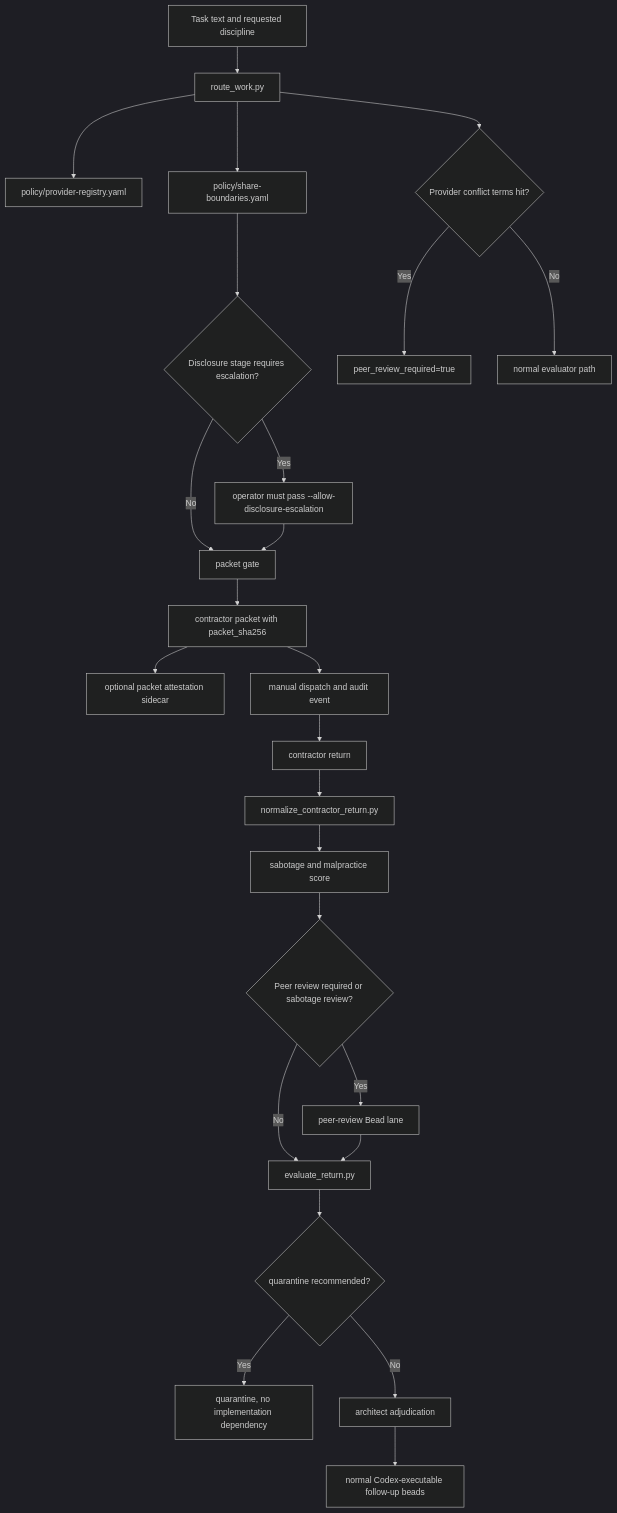
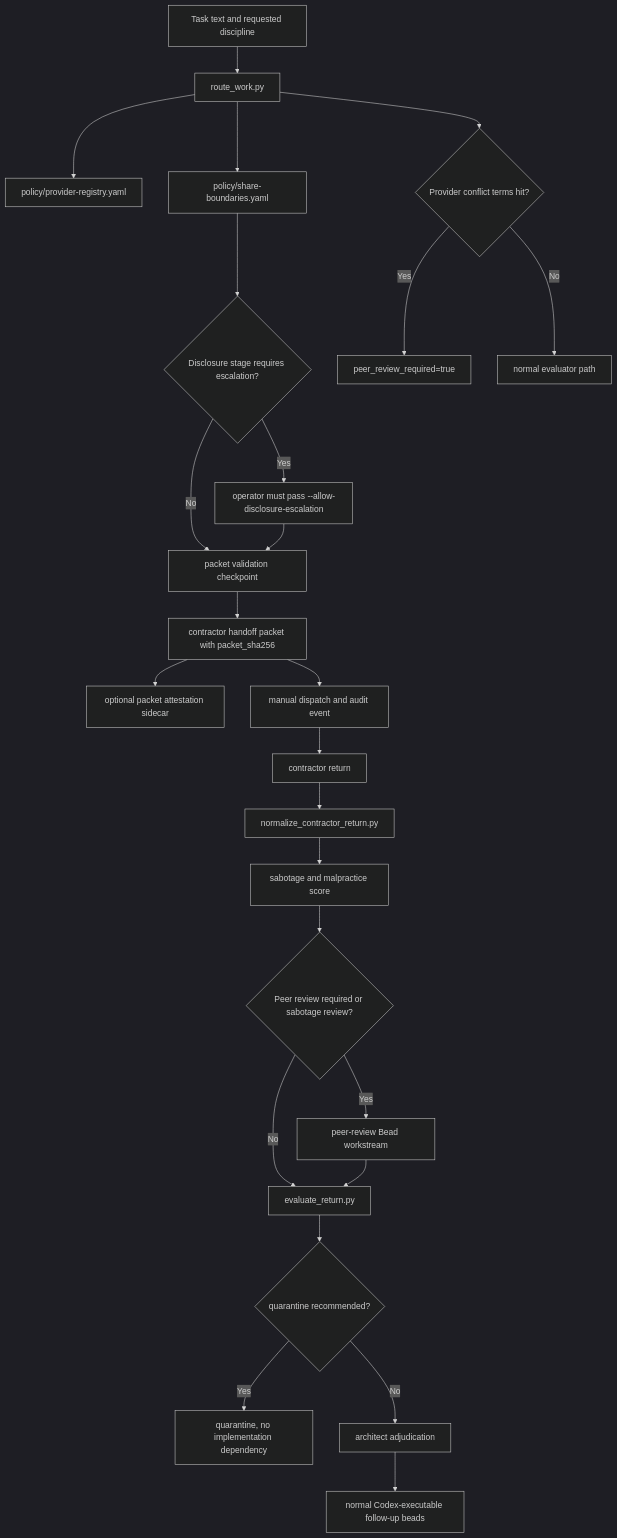
Before and after one commit to gprocunier/complex-work-orchestration: the sixth of 7 diagrams in README.md, drawn with Mermaid (dark theme). The commit also changed other lines of this file and 21 other files, not shown here.

````diff
--- a/README.md
+++ b/README.md
@@ -349,29 +355,29 @@
 ```mermaid
 flowchart TD
     Request[Task text and requested discipline] --> Route[route_work.py]
     Route --> Providers[policy/provider-registry.yaml]
     Route --> Conflicts{Provider conflict terms hit?}
     Route --> Boundary[policy/share-boundaries.yaml]
     Boundary --> Disclosure{Disclosure stage requires escalation?}
 
     Conflicts -->|Yes| PeerReq[peer_review_required=true]
     Conflicts -->|No| NormalReview[normal evaluator path]
     Disclosure -->|Yes| Escalation[operator must pass --allow-disclosure-escalation]
-    Disclosure -->|No| PacketGate[packet gate]
+    Disclosure -->|No| PacketGate[packet validation checkpoint]
     Escalation --> PacketGate
 
-    PacketGate --> Packet[contractor packet with packet_sha256]
+    PacketGate --> Packet[contractor handoff packet with packet_sha256]
     Packet --> Attest[optional packet attestation sidecar]
     Packet --> Dispatch[manual dispatch and audit event]
     Dispatch --> Return[contractor return]
     Return --> Normalize[normalize_contractor_return.py]
     Normalize --> Score[sabotage and malpractice score]
     Score --> Peer{Peer review required or sabotage review?}
-    Peer -->|Yes| PeerLane[peer-review Bead lane]
+    Peer -->|Yes| PeerLane[peer-review Bead workstream]
     Peer -->|No| Eval[evaluate_return.py]
     PeerLane --> Eval
     Eval --> Quarantine{quarantine recommended?}
     Quarantine -->|Yes| Hold[quarantine, no implementation dependency]
     Quarantine -->|No| Architect[architect adjudication]
     Architect --> Followup[normal Codex-executable follow-up beads]
 ```
````
